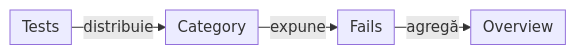
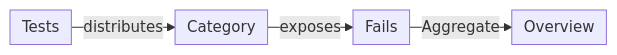
The second of 11 diagrams in docs/ATF_Reporting_Contract.md (crististefanita/atf_j0), drawn with Mermaid before and after one commit. The commit also changed other lines of this file and 113 other files, not shown here.

````diff
--- a/docs/ATF_Reporting_Contract.md
+++ b/docs/ATF_Reporting_Contract.md
@@ -108,7 +104,7 @@
 ```mermaid
 %%{init: {"themeVariables":{"fontSize":"15px"},"themeCSS":".nodeLabel, .nodeLabel p { font-size: 15px !important; line-height: 1.35 !important; } .edgeLabel, .edgeLabel p { font-size: 12px !important; font-weight: 400 !important; line-height: 1.2 !important; } .edgeLabel .labelBkg, .edgeLabel p { background: transparent !important; } .edgeLabel foreignObject { transform: translateY(-18px); overflow: visible; } .node rect { rx: 6px; ry: 6px; }","flowchart":{"curve":"linear","nodeSpacing":24,"rankSpacing":24,"padding":6,"diagramPadding":20}}}%%
 flowchart LR
-    Tests["Tests"] -->|distribuie| Category["Category"]
-    Category -->|expune| Fails["Fails"]
-    Fails -->|agregă| Overview["Overview"]
+    Tests["Tests"] -->|distributes| Category["Category"]
+    Category -->|exposes| Fails["Fails"]
+    Fails -->|Aggregate| Overview["Overview"]
 ```
````
